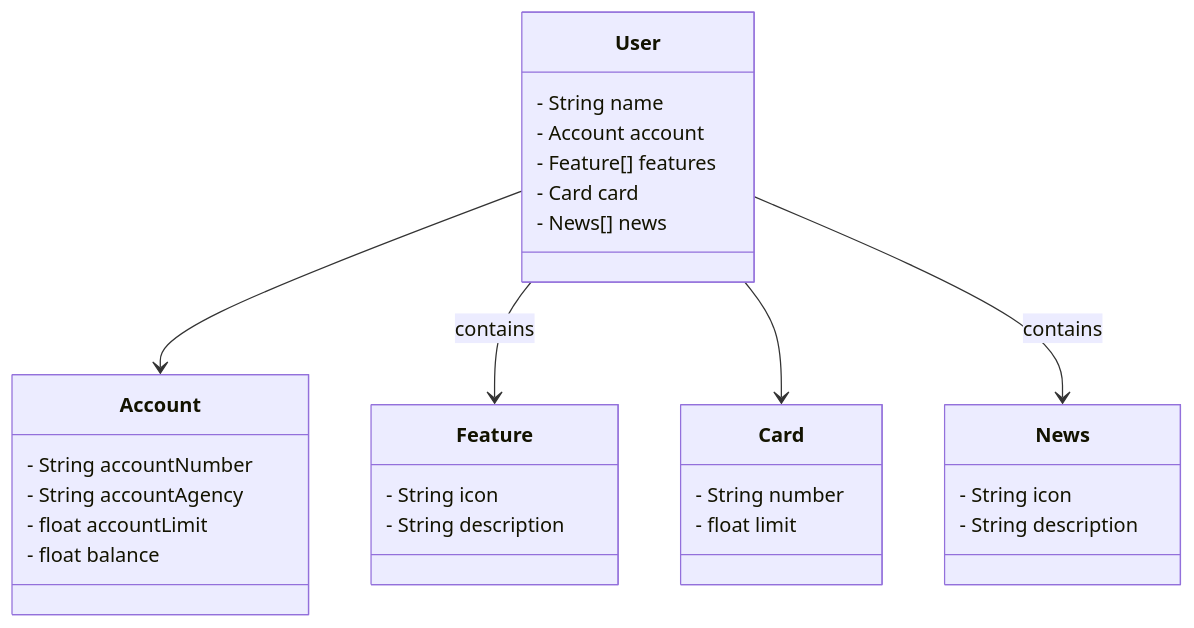
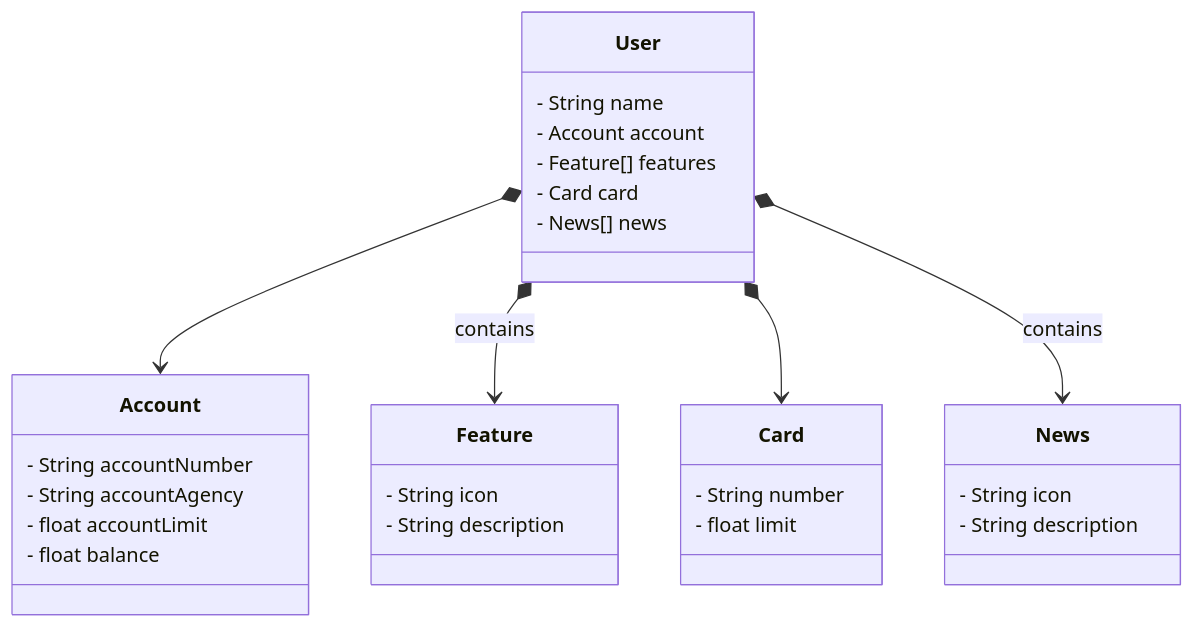
The diagram in projects/dev/santander_dev_week/README.md (johnisonLima/bootscamp-springboot-angular), drawn with Mermaid before and after one commit.

Commit message:
Atualizar diagrama de classes no README para refletir a relação de multiplicidade entre User e outras entidades

````diff
--- a/projects/dev/santander_dev_week/README.md
+++ b/projects/dev/santander_dev_week/README.md
@@ -4,37 +4,37 @@
 ```mermaid
 classDiagram
     class User {
         - String name
         - Account account
         - Feature[] features
         - Card card
         - News[] news
     }
 
     class Account {
         - String accountNumber
         - String accountAgency
         - float accountLimit
         - float balance
     }
 
     class Feature {
         - String icon
         - String description
     }
 
     class Card {
         - String number
         - float limit
     }
 
     class News {
         - String icon
         - String description
     }
 
-    User --> Account
-    User --> Feature : contains
-    User --> Card
-    User --> News : contains
+    User *--> Account
+    User *--> Feature : contains
+    User *--> Card
+    User *--> News : contains
 ```
````
